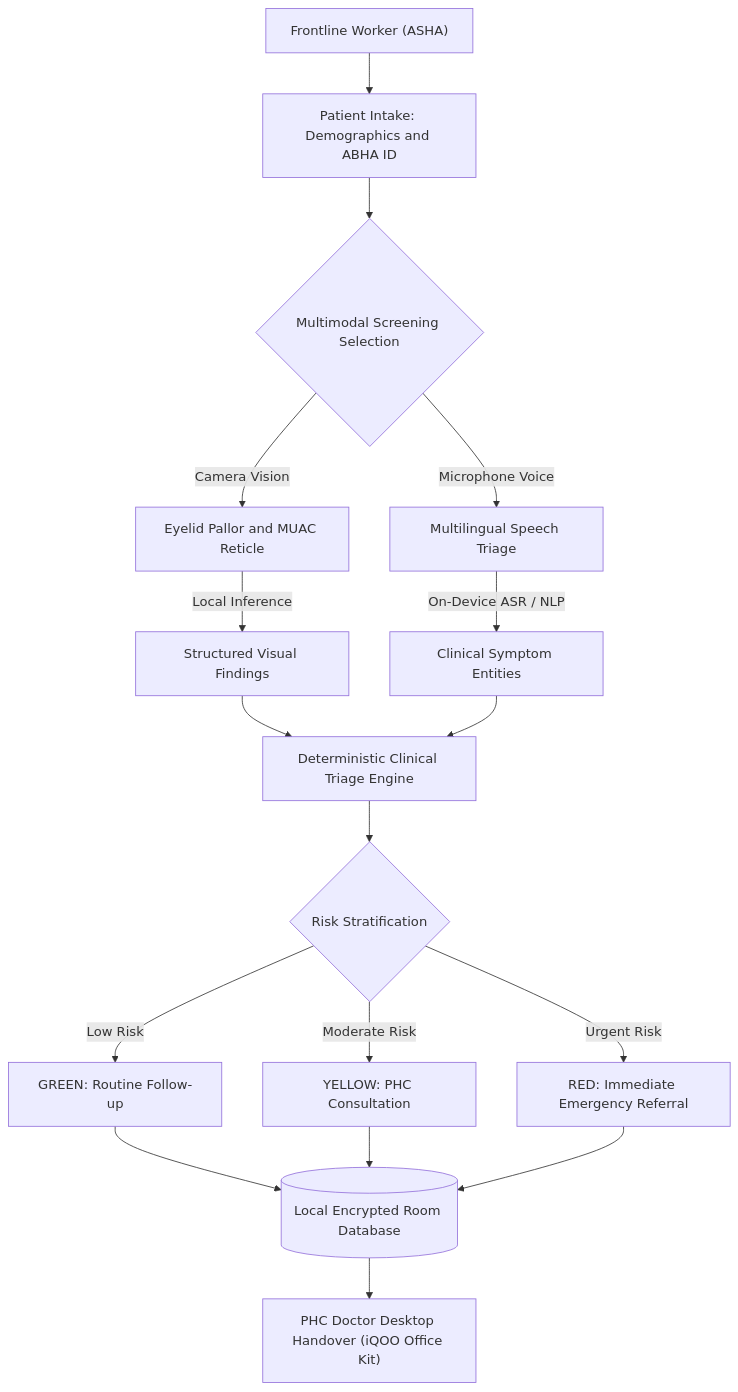
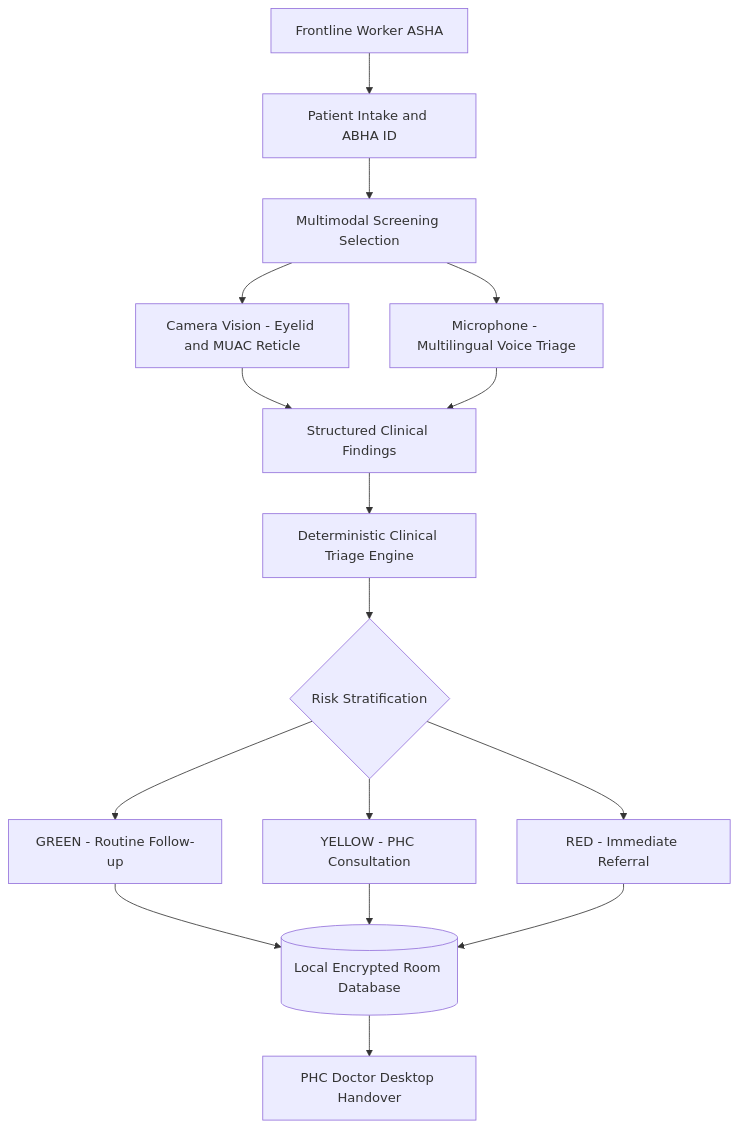
The first of 4 diagrams in README.md (SarthakNC/Nidan-AI---IQOO-INDIA-HACKATHON-IDEA-SUBMISSION), drawn with Mermaid before and after one commit. The commit also changed other lines of this file, not shown here.

First line of the commit message:
docs: update architecture flowchart in README

````diff
--- a/README.md
+++ b/README.md
@@ -47,25 +47,33 @@
 ```mermaid
 flowchart TD
-    A["Frontline Worker (ASHA)"] --> B["Patient Intake: Demographics and ABHA ID"]
-    B --> C{"Multimodal Screening Selection"}
-    
-    C -->|"Camera Vision"| D["Eyelid Pallor and MUAC Reticle"]
-    C -->|"Microphone Voice"| E["Multilingual Speech Triage"]
-    
-    D -->|"Local Inference"| F["Structured Visual Findings"]
-    E -->|"On-Device ASR / NLP"| G["Clinical Symptom Entities"]
-    
-    F --> H["Deterministic Clinical Triage Engine"]
-    G --> H
-    
-    H --> I{"Risk Stratification"}
-    I -->|"Low Risk"| J["GREEN: Routine Follow-up"]
-    I -->|"Moderate Risk"| K["YELLOW: PHC Consultation"]
-    I -->|"Urgent Risk"| L["RED: Immediate Emergency Referral"]
-    
-    J --> M[("Local Encrypted Room Database")]
-    K --> M
-    L --> M
-    
-    M --> N["PHC Doctor Desktop Handover (iQOO Office Kit)"]
+
+    USER["Frontline Worker ASHA"]
+    INTAKE["Patient Intake and ABHA ID"]
+    SCREEN["Multimodal Screening Selection"]
+    VISION["Camera Vision - Eyelid and MUAC Reticle"]
+    VOICE["Microphone - Multilingual Voice Triage"]
+    FINDINGS["Structured Clinical Findings"]
+    TRIAGE["Deterministic Clinical Triage Engine"]
+    RISK{"Risk Stratification"}
+    GREEN["GREEN - Routine Follow-up"]
+    YELLOW["YELLOW - PHC Consultation"]
+    RED["RED - Immediate Referral"]
+    DB[("Local Encrypted Room Database")]
+    HANDOVER["PHC Doctor Desktop Handover"]
+
+    USER --> INTAKE
+    INTAKE --> SCREEN
+    SCREEN --> VISION
+    SCREEN --> VOICE
+    VISION --> FINDINGS
+    VOICE --> FINDINGS
+    FINDINGS --> TRIAGE
+    TRIAGE --> RISK
+    RISK --> GREEN
+    RISK --> YELLOW
+    RISK --> RED
+    GREEN --> DB
+    YELLOW --> DB
+    RED --> DB
+    DB --> HANDOVER
 ```
````
